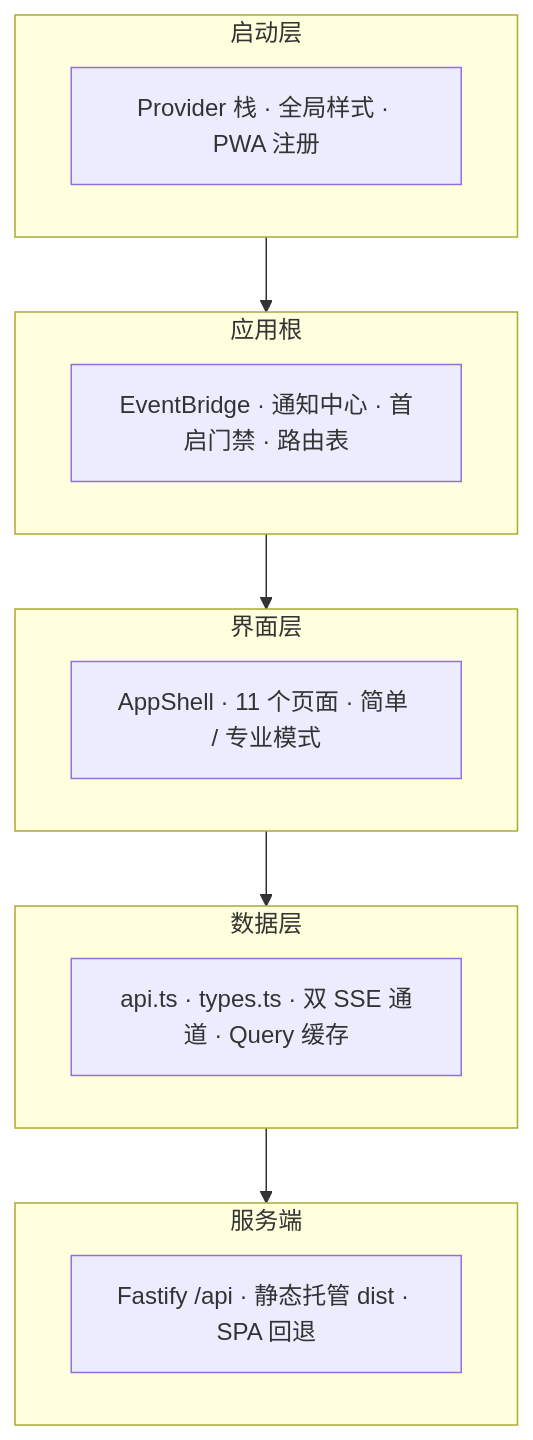
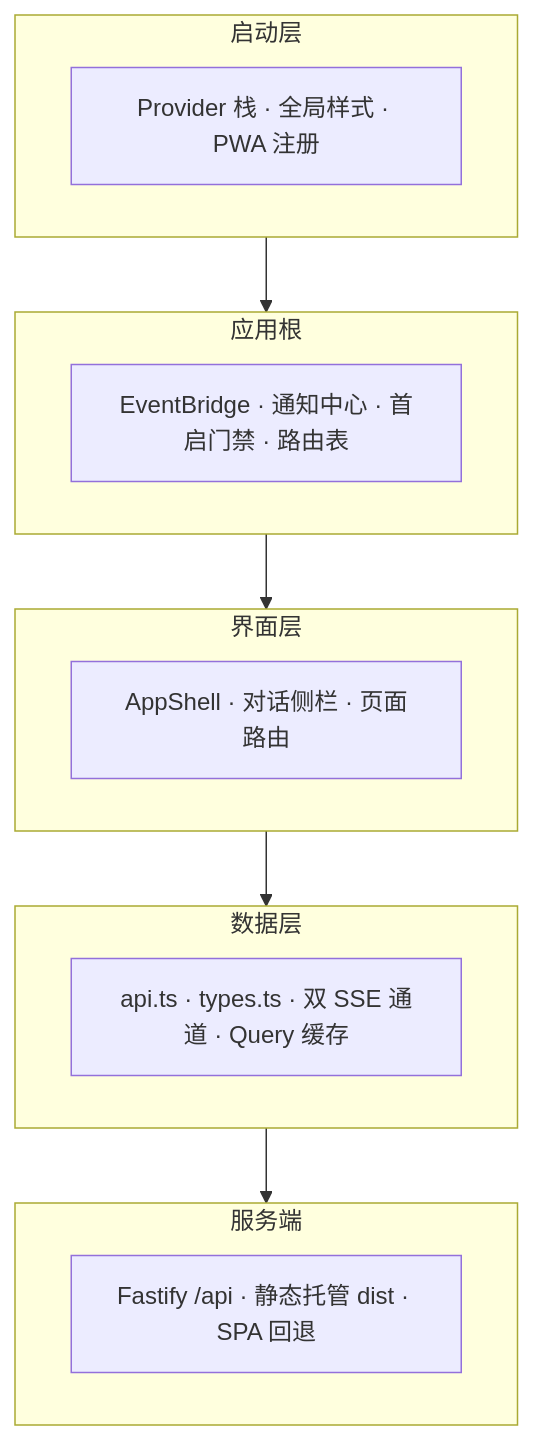
Before and after one commit to hearthproject/hearth-os: the third of 4 diagrams in docs/architecture/Hearth-前端架构设计说明.md, drawn with Mermaid. The commit also changed other lines of this file and 2 other files, not shown here.

````diff
--- a/docs/architecture/Hearth-前端架构设计说明.md
+++ b/docs/architecture/Hearth-前端架构设计说明.md
@@ -87,19 +87,19 @@
 ```mermaid
 flowchart TB
     subgraph L1["启动层"]
         P["Provider 栈 · 全局样式 · PWA 注册"]
     end
     subgraph L2["应用根"]
         E["EventBridge · 通知中心 · 首启门禁 · 路由表"]
     end
     subgraph L3["界面层"]
-        U["AppShell · 11 个页面 · 简单 / 专业模式"]
+        U["AppShell · 对话侧栏 · 页面路由"]
     end
     subgraph L4["数据层"]
         D["api.ts · types.ts · 双 SSE 通道 · Query 缓存"]
     end
     subgraph L5["服务端"]
         B["Fastify /api · 静态托管 dist · SPA 回退"]
     end
     L1 --> L2 --> L3 --> L4 --> L5
 ```
````
